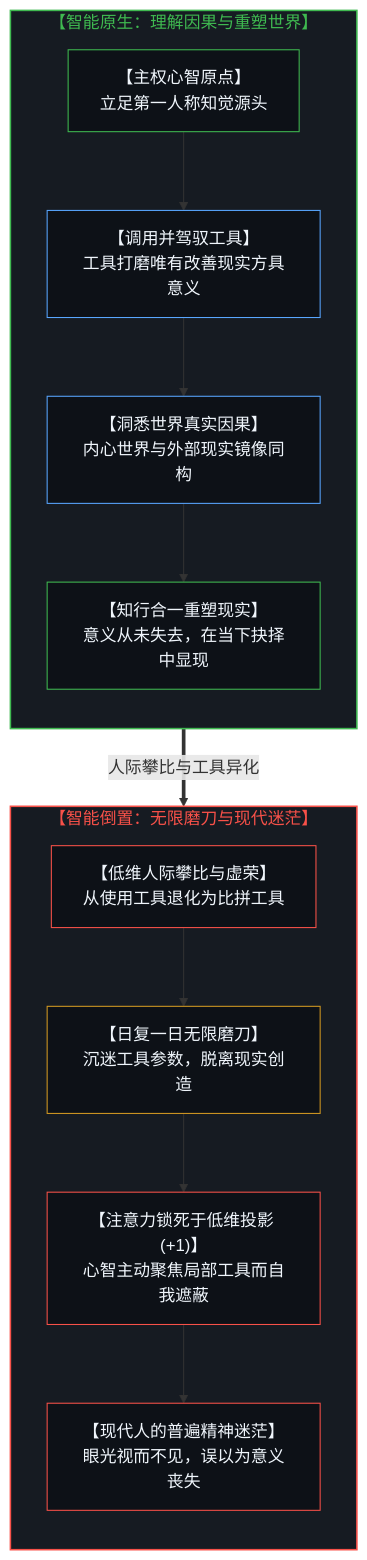
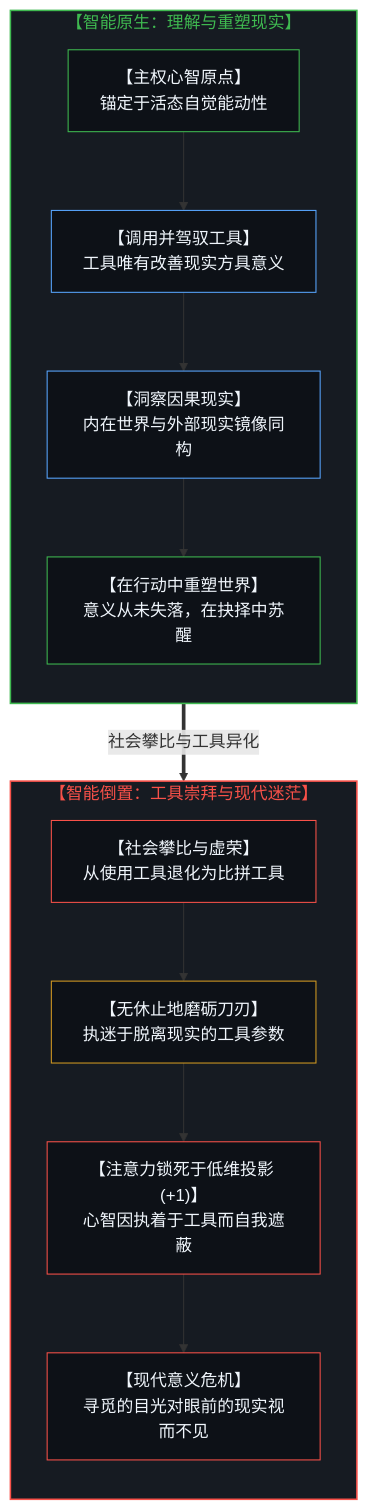
One commit to powerpig99/not-a-toe changed diagram 11 of 16 in content/posts/the-dissolution-of-the-great-reversal.md. Above: the diagram before and after it, drawn with Mermaid. The commit also changed other lines of this file and 3 other files, not shown here.

````diff
--- a/content/posts/the-dissolution-of-the-great-reversal.md
+++ b/content/posts/the-dissolution-of-the-great-reversal.md
@@ -427,37 +397,34 @@
 ```mermaid
 flowchart TD
-    subgraph S_NativeIntel["【智能原生：理解因果与重塑世界】"]
+    subgraph S_NativeIntel["【智能原生：理解与重塑现实】"]
         direction TB
-        SovereignMind["【主权心智原点】<br/>立足第一人称知觉源头"]
-        LeverageTools["【调用并驾驭工具】<br/>工具打磨唯有改善现实方具意义"]
-        DeepClarity["【洞悉世界真实因果】<br/>内心世界与外部现实镜像同构"]
-        ReshapeReality["【知行合一重塑现实】<br/>意义从未失去，在当下抉择中显现"]
+        SovereignMind["【主权心智原点】<br/>锚定于活态自觉能动性"]
+        LeverageTools["【调用并驾驭工具】<br/>工具唯有改善现实方具意义"]
+        DeepClarity["【洞察因果现实】<br/>内在世界与外部现实镜像同构"]
+        ReshapeReality["【在行动中重塑世界】<br/>意义从未失落，在抉择中苏醒"]
         SovereignMind --> LeverageTools
         LeverageTools --> DeepClarity
         DeepClarity --> ReshapeReality
     end
-
-    S_NativeIntel ==>|"人际攀比与工具异化"| S_ToolTrap
-
-    subgraph S_ToolTrap["【智能倒置：无限磨刀与现代迷茫】"]
+    S_NativeIntel ==>|"社会攀比与工具异化"| S_ToolTrap
+    subgraph S_ToolTrap["【智能倒置：工具崇拜与现代迷茫】"]
         direction TB
-        StatusComparison["【低维人际攀比与虚荣】<br/>从使用工具退化为比拼工具"]
-        InfinitePolishing["【日复一日无限磨刀】<br/>沉迷工具参数，脱离现实创造"]
-        LowDimProjection["【注意力锁死于低维投影 (+1)】<br/>心智主动聚焦局部工具而自我遮蔽"]
-        ExistentialLost["【现代人的普遍精神迷茫】<br/>眼光视而不见，误以为意义丧失"]
+        StatusComparison["【社会攀比与虚荣】<br/>从使用工具退化为比拼工具"]
+        InfinitePolishing["【无休止地磨砺刀刃】<br/>执迷于脱离现实的工具参数"]
+        LowDimProjection["【注意力锁死于低维投影 (+1)】<br/>心智因执着于工具而自我遮蔽"]
+        ExistentialLost["【现代意义危机】<br/>寻觅的目光对眼前的现实视而不见"]
         StatusComparison --> InfinitePolishing
         InfinitePolishing --> LowDimProjection
         LowDimProjection --> ExistentialLost
     end
-
     style S_NativeIntel fill:#161b22,stroke:#3fb950,stroke-width:1.5px,color:#3fb950
     style S_ToolTrap fill:#161b22,stroke:#f85149,stroke-width:1.5px,color:#f85149
     style SovereignMind fill:#0d1117,stroke:#3fb950,stroke-width:1px,color:#f0f6fc
     style LeverageTools fill:#0d1117,stroke:#58a6ff,stroke-width:1px,color:#f0f6fc
     style DeepClarity fill:#0d1117,stroke:#58a6ff,stroke-width:1px,color:#f0f6fc
     style ReshapeReality fill:#0d1117,stroke:#3fb950,stroke-width:1px,color:#f0f6fc
     style StatusComparison fill:#0d1117,stroke:#f85149,stroke-width:1px,color:#f0f6fc
     style InfinitePolishing fill:#0d1117,stroke:#d29922,stroke-width:1px,color:#f0f6fc
     style LowDimProjection fill:#0d1117,stroke:#f85149,stroke-width:1px,color:#f0f6fc
     style ExistentialLost fill:#0d1117,stroke:#f85149,stroke-width:1px,color:#f0f6fc
 ```
````
